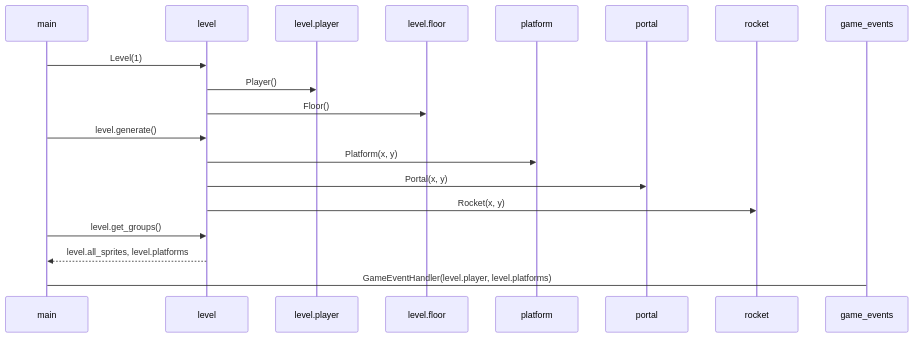
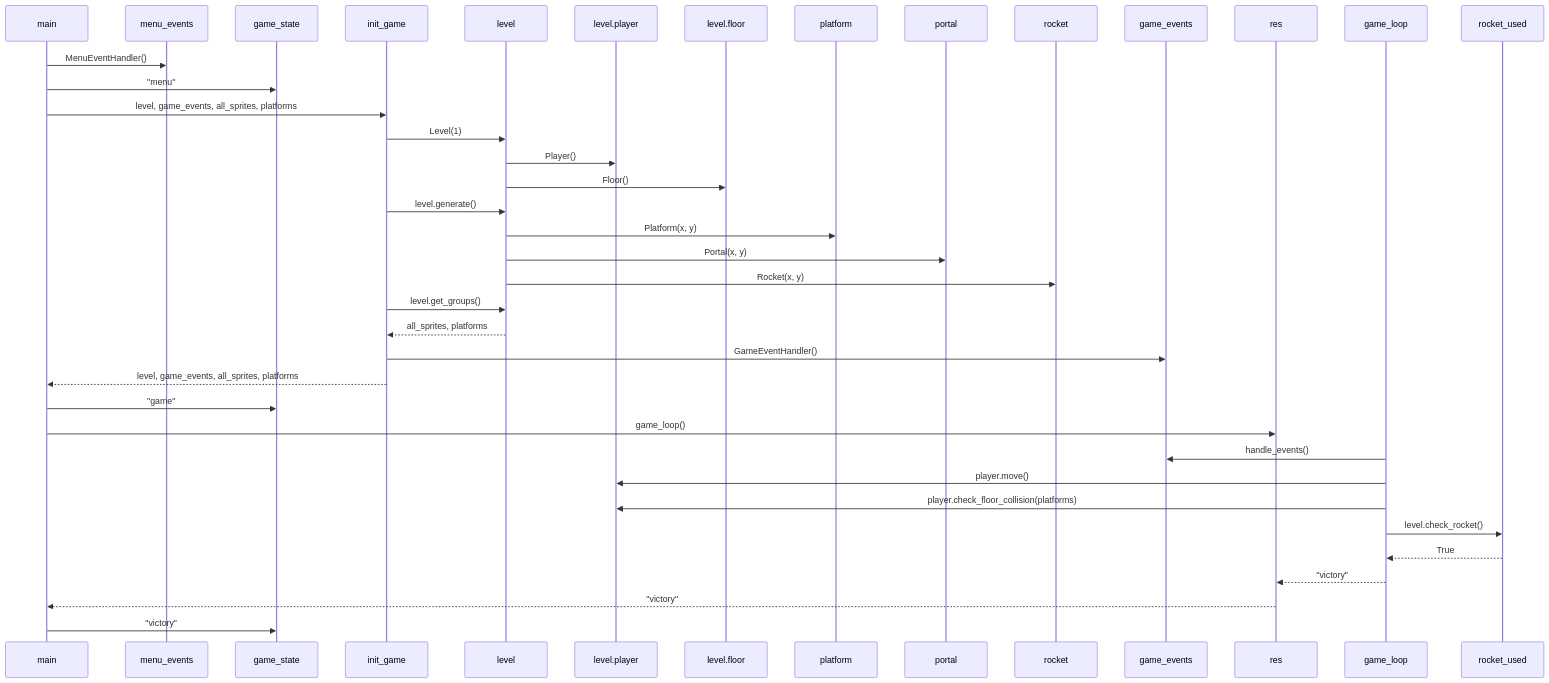
The second of 2 diagrams in dokumentaatio/arkkitehtuuri.md (lapatinn/ot-harjoitustyo), drawn with Mermaid before and after one commit. The commit also changed other lines of this file, not shown here.

Commit message:
Revise architecture documentation

````diff
--- a/dokumentaatio/arkkitehtuuri.md
+++ b/dokumentaatio/arkkitehtuuri.md
@@ -26,18 +27,38 @@
 ```mermaid
  sequenceDiagram
-    main->>level: Level(1)
+    main->>menu_events: MenuEventHandler()
+    main->>game_state: "menu"
 
+    main->>init_game: level, game_events, all_sprites, platforms
+    
+    init_game->>level: Level(1)
+    
     level->>level.player: Player()
     level->>level.floor: Floor()
-
-    main->>level: level.generate()
-
+    
+    init_game->>level: level.generate()
+    
     level->>platform: Platform(x, y)
     level->>portal: Portal(x, y)
     level->>rocket: Rocket(x, y)
+    
+    init_game->>level: level.get_groups()
+    level-->>init_game: all_sprites, platforms
+    
+    init_game->>game_events: GameEventHandler()
+    init_game-->>main: level, game_events, all_sprites, platforms
+    
+    main->>game_state: "game"
+    
+    main->>res: game_loop()
+    game_loop->>game_events: handle_events()
+    game_loop->>level.player: player.move()
+    game_loop->>level.player: player.check_floor_collision(platforms)
 
-    main->>level: level.get_groups()
-    level-->>main: level.all_sprites, level.platforms
+    game_loop->>rocket_used: level.check_rocket()
+    rocket_used-->>game_loop: True
+    game_loop-->>res: "victory"
+    res-->>main: "victory"
 
-    main->game_events: GameEventHandler(level.player, level.platforms)
+    main->>game_state: "victory"
 ```
````
